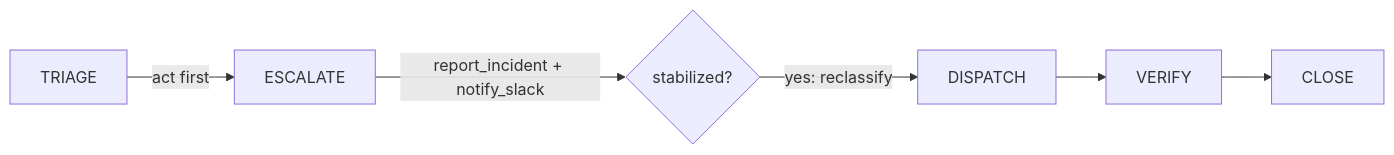
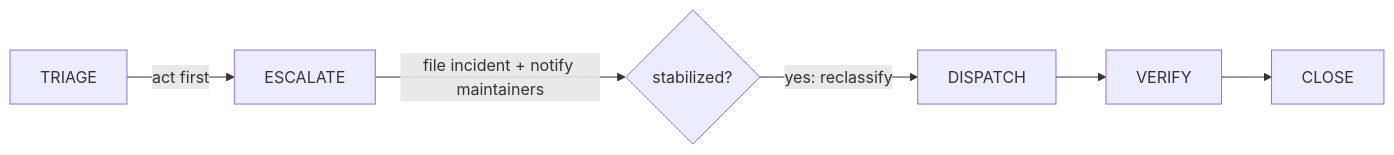
The fifth of 5 diagrams in src/agents/brain_skills/always/09-phase-lifecycle.md (The-Darwin-Project/Blackboard), drawn with Mermaid before and after one commit. The commit also changed other lines of this file and 9 other files, not shown here.

````diff
--- a/src/agents/brain_skills/always/09-phase-lifecycle.md
+++ b/src/agents/brain_skills/always/09-phase-lifecycle.md
@@ -161,7 +171,7 @@
 ```mermaid
 graph LR
     CT[TRIAGE] -->|"act first"| CE[ESCALATE]
-    CE -->|"report_incident + notify_slack"| STABLE{"stabilized?"}
+    CE -->|"file incident + notify maintainers"| STABLE{"stabilized?"}
     STABLE -->|"yes: reclassify"| CD[DISPATCH]
     CD --> CV[VERIFY] --> CC[CLOSE]
 ```
````
